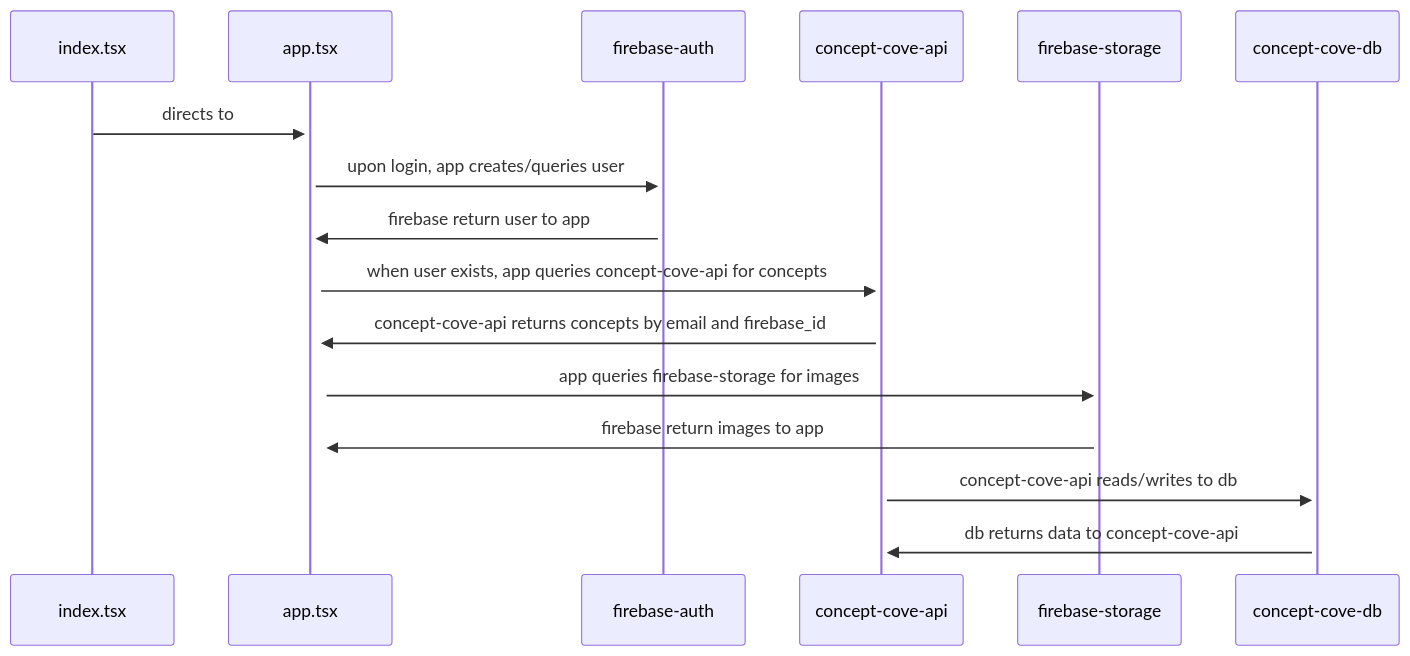
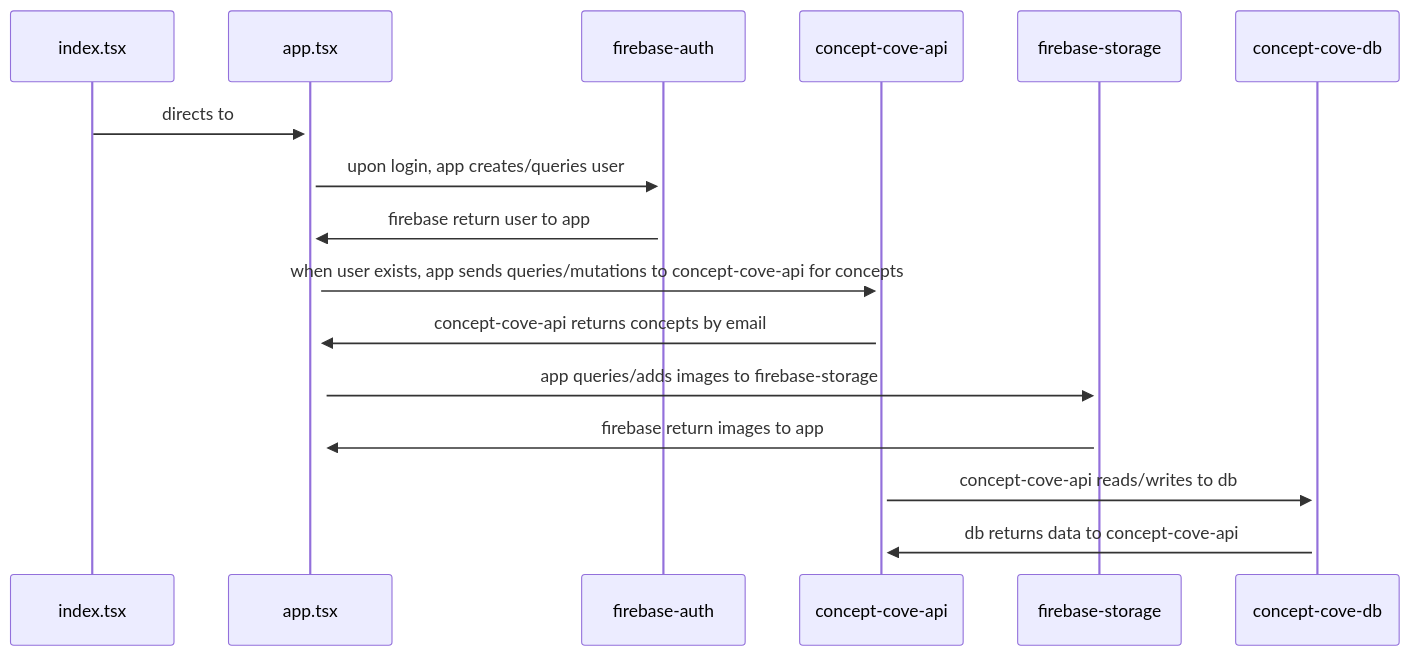
One commit to dannygelman1/ConceptCove changed the diagram in README.md. Above: the diagram before and after it, drawn with Mermaid. The commit also changed other lines of this file, not shown here.

````diff
--- a/README.md
+++ b/README.md
@@ -33,12 +33,12 @@
 ```mermaid
 sequenceDiagram
     index.tsx ->>+ app.tsx: directs to
     app.tsx ->>+ firebase-auth: upon login, app creates/queries user
     firebase-auth ->>+ app.tsx: firebase return user to app
-    app.tsx ->>+ concept-cove-api: when user exists, app queries concept-cove-api for concepts
-    concept-cove-api ->>+ app.tsx: concept-cove-api returns concepts by email and firebase_id
-    app.tsx ->>+ firebase-storage: app queries firebase-storage for images
+    app.tsx ->>+ concept-cove-api: when user exists, app sends queries/mutations to concept-cove-api for concepts
+    concept-cove-api ->>+ app.tsx: concept-cove-api returns concepts by email
+    app.tsx ->>+ firebase-storage: app queries/adds images to firebase-storage
     firebase-storage ->>+ app.tsx: firebase return images to app
     concept-cove-api ->>+ concept-cove-db: concept-cove-api reads/writes to db
     concept-cove-db ->>+ concept-cove-api: db returns data to concept-cove-api
 ``` 
````
